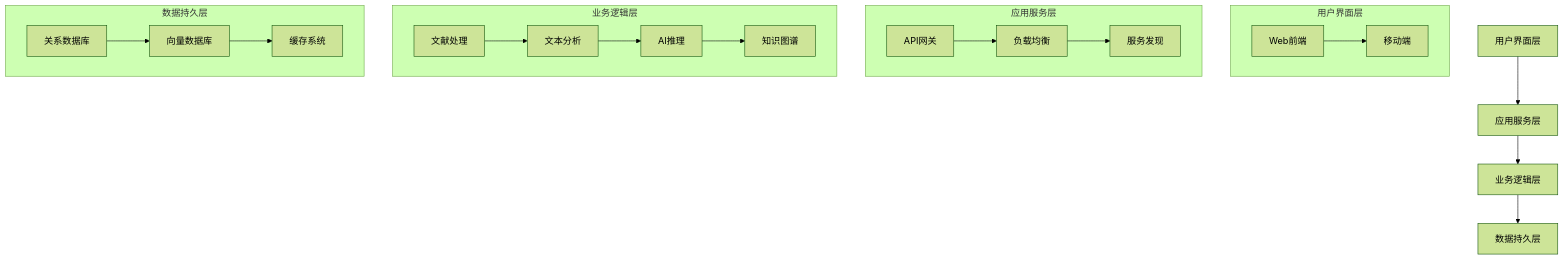
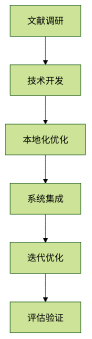
One commit to SageSeekerSociety/ResearchPilot changed the second of 3 diagrams in 申报书.md. Above: the diagram before and after it, drawn with Mermaid (forest theme). The commit also changed other lines of this file, not shown here.

Commit message:
画图

````diff
--- a/申报书.md
+++ b/申报书.md
@@ -124,26 +108,8 @@
 ```mermaid
 graph TD
-    A[用户界面层] --> B[应用服务层]
-    B --> C[业务逻辑层]
-    C --> D[数据持久层]
-    
-    subgraph 用户界面层
-    A1[Web前端] --> A2[移动端]
-    end
-    
-    subgraph 应用服务层
-    B1[API网关] --> B2[负载均衡]
-    B2 --> B3[服务发现]
-    end
-    
-    subgraph 业务逻辑层
-    C1[文献处理] --> C2[文本分析]
-    C2 --> C3[AI推理]
-    C3 --> C4[知识图谱]
-    end
-    
-    subgraph 数据持久层
-    D1[关系数据库] --> D2[向量数据库]
-    D2 --> D3[缓存系统]
-    end
+    A[文献调研] --> B[技术开发]
+    B --> C[本地化优化]
+    C --> D[系统集成]
+    D --> E[迭代优化]
+    E --> F[评估验证]
 ```
````
